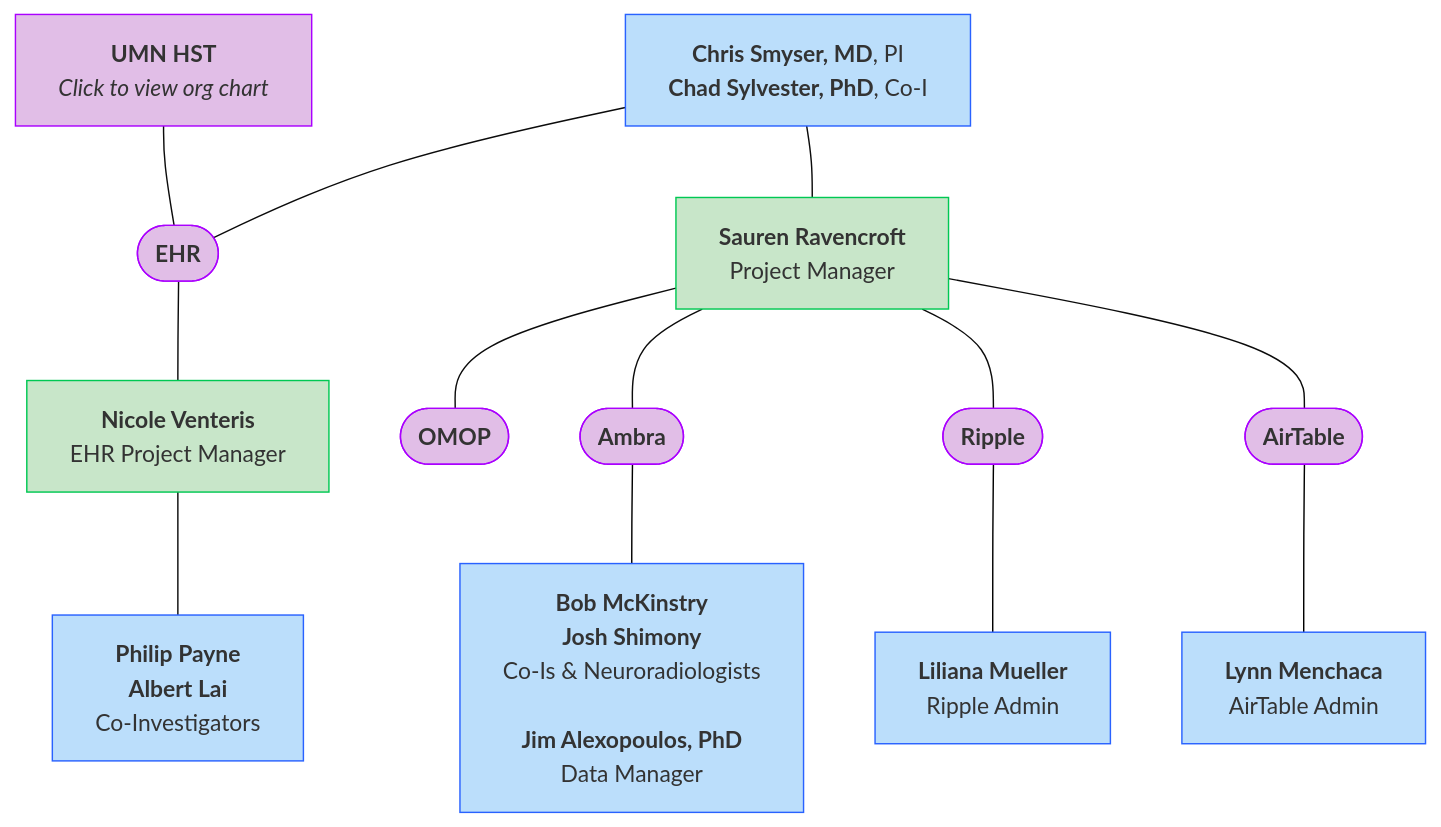
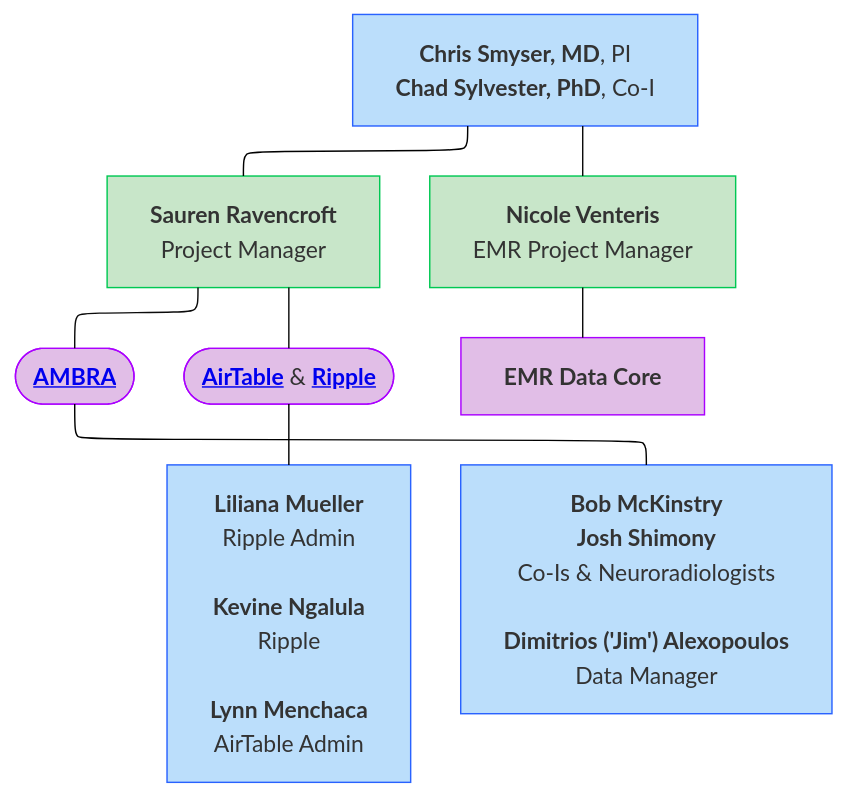
One commit to DCAN-Labs/hbcd-docs-internal changed the tenth of 10 diagrams in docs/orgcharts.md. Above: the diagram before and after it, drawn with Mermaid (base theme). The commit also changed other lines of this file, not shown here.

Commit message:
update washU

````diff
--- a/docs/orgcharts.md
+++ b/docs/orgcharts.md
@@ -460,31 +460,24 @@
 ```mermaid
+---
+config:
+  layout: elk
+---
 flowchart TB
-    A["<b>Sauren Ravencroft</b><br>Project Manager"] --- ambra(["<b>Ambra</b>"]) & n11(["<b>OMOP</b>"]) & n5(["<b>Ripple</b>"]) & n6(["<b>AirTable</b>"])
-    n12["<b>UMN HST</b><br><i>Click to view org chart</i>"] --- C(["<b>EHR</b><br>"])
-    C --- n13["<b>Nicole Venteris</b><br>EHR Project Manager"]
-    n13 --- n3["<b>Philip Payne</b><br><b>Albert Lai</b><br>Co-Investigators"]
-    n5 --- n9["<b>Liliana Mueller</b><br>Ripple Admin"]
-    n6 --- n8["<b>Lynn Menchaca</b><br>AirTable Admin"]
-    ambra --- n1["<b>Bob McKinstry</b><br><b>Josh Shimony</b><br>Co-Is &amp; Neuroradiologists<br><br><b>Jim Alexopoulos, PhD</b><br>Data Manager"]
-    n14["<b>Chris Smyser, MD</b>, PI<br><b>Chad Sylvester, PhD</b>, Co-I"] --- A & C
+    A["<b>Sauren Ravencroft</b><br>Project Manager"] --- ambra(["<a href="#ambra"><b>AMBRA</b></a>"])
+    A --- n5
+    n13["<b>Nicole Venteris</b><br>EMR Project Manager"] --- C["<b>EMR Data Core</b><br>"]
+    n5(["<a href="#airtable"><b>AirTable</b></a> & <a href="#ripple"><b>Ripple</b></a>"]) --- n9["<b>Liliana Mueller</b><br>Ripple Admin<br><br><b>Kevine Ngalula</b><br>Ripple<br><br><b>Lynn Menchaca</b><br>AirTable Admin"]
+    ambra --- n1["<b>Bob McKinstry</b><br><b>Josh Shimony</b><br>Co-Is &amp; Neuroradiologists<br><br><b>Dimitrios ('Jim') Alexopoulos</b><br>Data Manager"]
+    n14["<b>Chris Smyser, MD</b>, PI<br><b>Chad Sylvester, PhD</b>, Co-I"] --- A & n13
     style A fill:#C8E6C9,stroke:#00C853
-    style ambra fill:#E1BEE7,stroke:#AA00FF
-    style n11 fill:#E1BEE7,stroke:#AA00FF
-    style n5 fill:#E1BEE7,stroke:#AA00FF
-    style n6 fill:#E1BEE7,stroke:#AA00FF
-    style n12 fill:#E1BEE7,stroke:#AA00FF
     style C fill:#E1BEE7,stroke:#AA00FF
     style n13 fill:#C8E6C9,stroke:#00C853
-    style n3 fill:#BBDEFB,stroke:#2962FF
+    style n5 fill:#E1BEE7,stroke:#AA00FF
     style n9 fill:#BBDEFB,stroke:#2962FF
-    style n8 fill:#BBDEFB,stroke:#2962FF
     style n1 fill:#BBDEFB,stroke:#2962FF
     style n14 fill:#BBDEFB,stroke:#2962FF
-    click ambra "#ambra"
-    click n5 "#ripple-science"
-    click n6 "#airtable"
-    click n12 "#health-sciences-technology"
-    linkStyle 7 stroke:#000000,fill:none
-    linkStyle 8 stroke:#000000,fill:none
-    linkStyle 9 stroke:#000000,fill:none
+    style ambra fill:#E1BEE7,stroke:#AA00FF
+    linkStyle 3 stroke:#000000,fill:none
+    linkStyle 4 stroke:#000000,fill:none
+    linkStyle 5 stroke:#000000,fill:none
 ```
````
